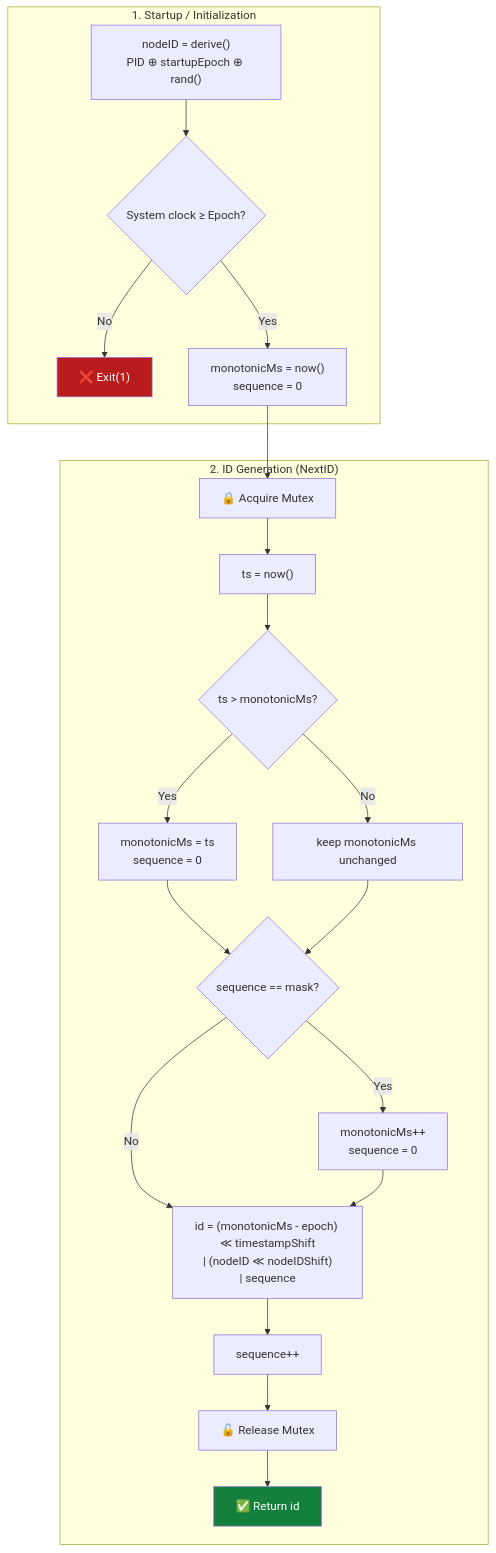
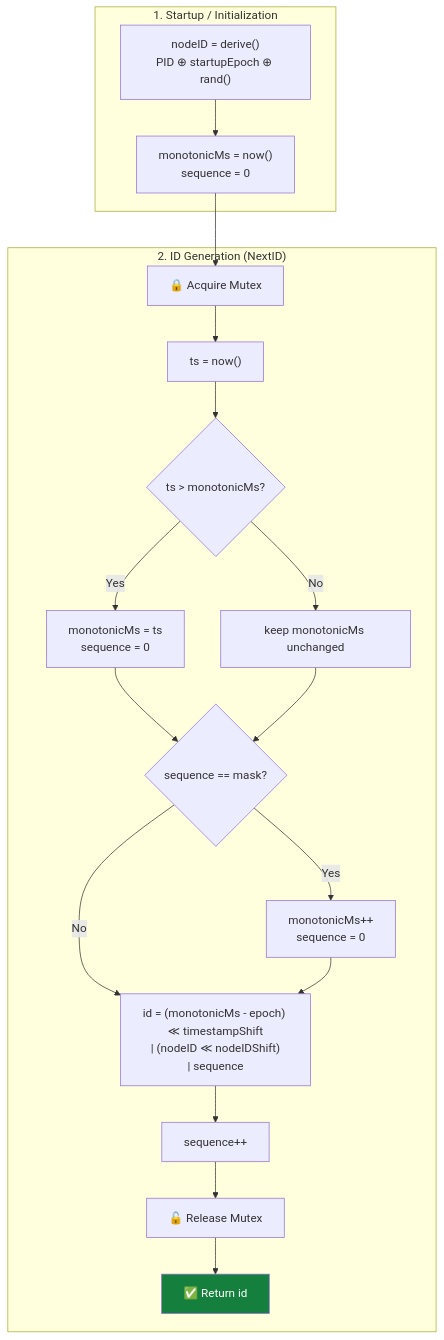
The second of 5 diagrams in docs/design/snowflake-algorithm-workflow.md (Albe83/snowflake-id-service), drawn with Mermaid before and after one commit.

Commit message:
docs(design): remove redundant epoch check at startup

````diff
--- a/docs/design/snowflake-algorithm-workflow.md
+++ b/docs/design/snowflake-algorithm-workflow.md
@@ -18,35 +18,32 @@
 ```mermaid
 flowchart TD
     subgraph INIT["1. Startup / Initialization"]
         A["nodeID = derive()<br>PID ⊕ startupEpoch ⊕ rand()"]
-        A --> B{"System clock ≥ Epoch?"}
-        B -->|No| C["❌ Exit(1)"]
-        B -->|Yes| D["monotonicMs = now()<br>sequence = 0"]
+        A --> D["monotonicMs = now()<br>sequence = 0"]
     end
 
     D --> E
 
     subgraph GEN["2. ID Generation (NextID)"]
         E["🔒 Acquire Mutex"]
         E --> F["ts = now()"]
 
         F --> G{"ts > monotonicMs?"}
         G -->|Yes| H["monotonicMs = ts<br>sequence = 0"]
         G -->|No| I["keep monotonicMs unchanged"]
 
         H --> J{"sequence == mask?"}
         I --> J
         J -->|Yes| K["monotonicMs++<br>sequence = 0"]
         J -->|No| L["Build ID"]
         K --> L
 
         L["id = (monotonicMs - epoch) ≪ timestampShift<br>| (nodeID ≪ nodeIDShift)<br>| sequence"]
 
         L --> M["sequence++"]
         M --> N["🔓 Release Mutex"]
         N --> O["✅ Return id"]
     end
 
-    style C fill:#b91c1c,color:#fff
     style O fill:#15803d,color:#fff
 ```
````
